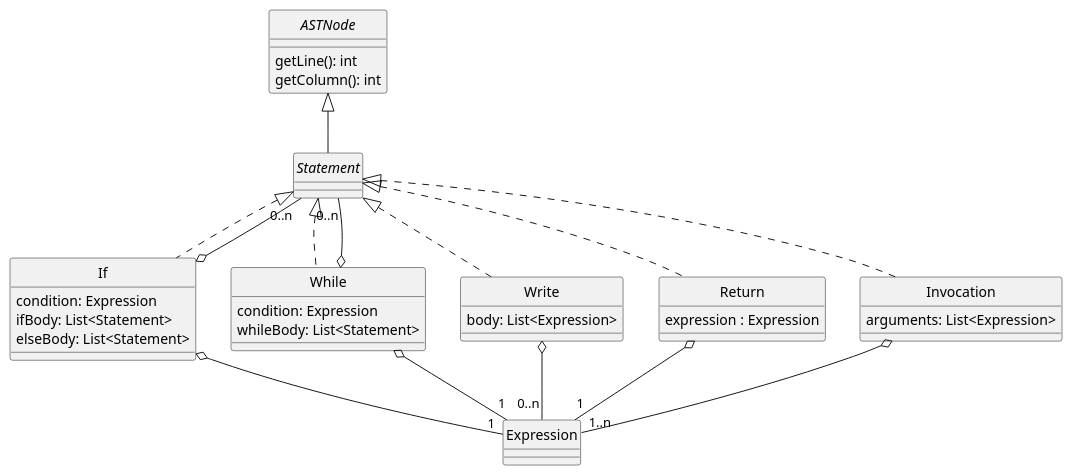
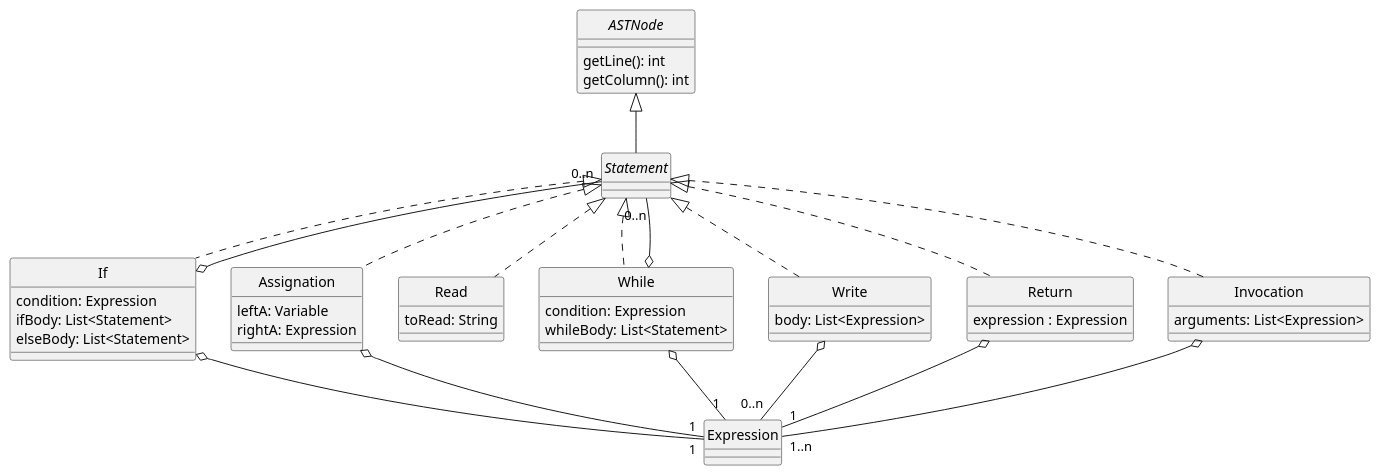
One commit to uo277440/dlp-compiler changed the diagram in docs/diagrams/statements.plantuml. Above: the diagram before and after it, drawn with PlantUML. The commit also changed 36 other files, not shown here.

Commit message:
LAB 3 -> creación clases inicial y cambios diagramas

```diff
--- a/docs/diagrams/statements.plantuml
+++ b/docs/diagrams/statements.plantuml
@@ -1,50 +1,61 @@
 @startuml Statements
 skinparam style strictuml
 skinparam monochrome true
 
 
 interface ASTNode {
     getLine(): int
     getColumn(): int
 }
 
 interface Statement
 
 class If {
     condition: Expression
     ifBody: List<Statement>
     elseBody: List<Statement>
+}
+class Assignation {
+    leftA: Variable
+    rightA: Expression
+
+}
+class Read{
+toRead: String
 }
 class While {
     condition: Expression
     whileBody: List<Statement>
 }
 class Write {
     body: List<Expression>
 }
 class Return {
 expression : Expression
 }
 class Invocation{
     arguments: List<Expression>
 }
 
 
 
 ASTNode <|-- Statement
 Statement <|.. If
 Statement <|.. Invocation
 Statement <|.. Write
 Statement <|.. While
 Statement <|.. Return
+Statement <|.. Assignation
+Statement <|.. Read
 
 If o-- "1" Expression
+Assignation o-- "1" Expression
 If o-- "0..n" Statement
 While o-- "1" Expression
 While o-- "0..n" Statement
 Write o-- "0..n" Expression
 Invocation o-- "1..n" Expression
 Return o-- "1" Expression
 
 
 @enduml
```
